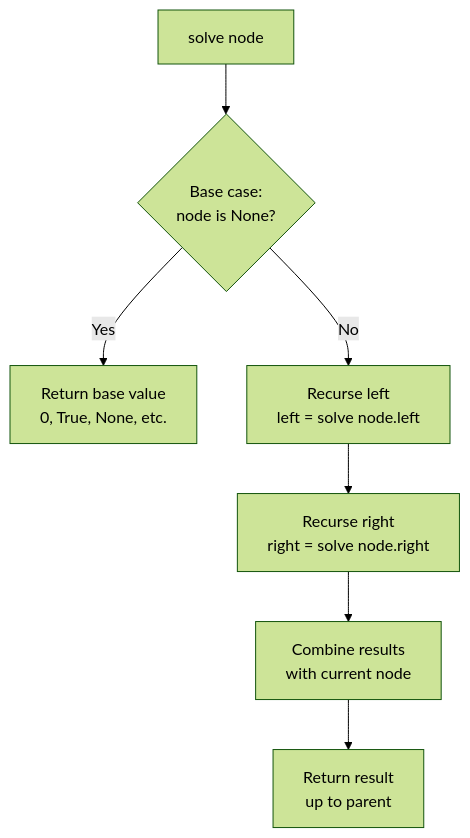
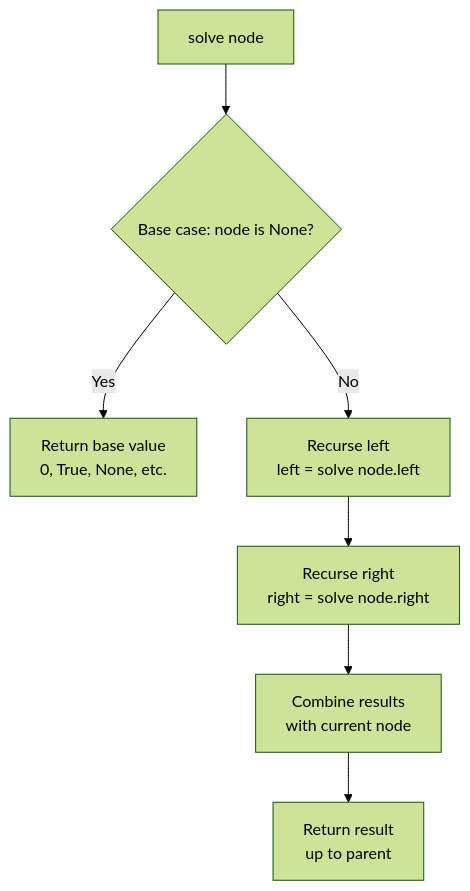
The fifth of 6 diagrams in trees/README.md (deepanshu-rawat6/AlgoAtlas), drawn with Mermaid (forest theme) before and after one commit. The commit also changed other lines of this file and 43 other files, not shown here.

````diff
--- a/trees/README.md
+++ b/trees/README.md
@@ -170,9 +170,9 @@
 ```mermaid
 flowchart TD
-    A[solve node] --> B{Base case:<br>node is None?}
+    A[solve node] --> B{"Base case: node is None?"}
     B -- Yes --> C[Return base value<br>0, True, None, etc.]
     B -- No --> D[Recurse left<br>left = solve node.left]
     D --> E[Recurse right<br>right = solve node.right]
     E --> F[Combine results<br>with current node]
     F --> G[Return result<br>up to parent]
 ```
````
